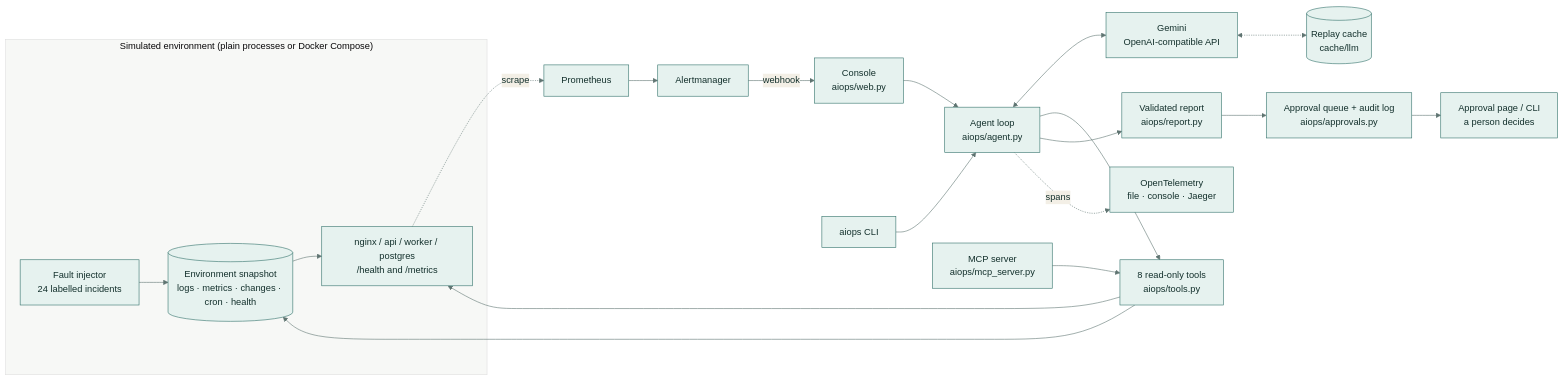
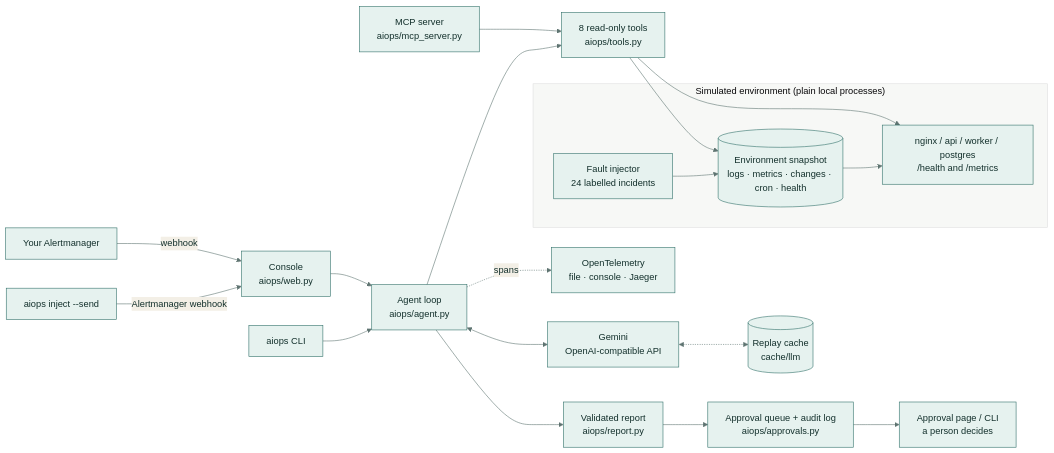
Before and after one commit to samiulhuda360/aiops-investigator: the first of 2 diagrams in README.md, drawn with Mermaid. The commit also changed other lines of this file and 6 other files, not shown here.

Commit message:
Document connecting the console to an existing Alertmanager; keep the environment as plain local processes

````diff
--- a/README.md
+++ b/README.md
@@ -87,22 +87,22 @@
 ```mermaid
 %%{init: {"theme": "base", "themeVariables": {"primaryColor": "#e6f2ef", "primaryBorderColor": "#2f6f68", "primaryTextColor": "#13302c", "lineColor": "#5f7471", "secondaryColor": "#f3efe6", "tertiaryColor": "#f7f8f6"}}}%%
 flowchart LR
-  subgraph ENV["Simulated environment (plain processes or Docker Compose)"]
+  subgraph ENV["Simulated environment (plain local processes)"]
     FI["Fault injector<br/>24 labelled incidents"] --> W[("Environment snapshot<br/>logs · metrics · changes · cron · health")]
     W --> S1["nginx / api / worker / postgres<br/>/health and /metrics"]
   end
-  S1 -. scrape .-> P["Prometheus"] --> AM["Alertmanager"]
-  AM -- webhook --> C["Console<br/>aiops/web.py"]
+  INJ["aiops inject --send"] -- Alertmanager webhook --> C["Console<br/>aiops/web.py"]
+  AM["Your Alertmanager"] -- webhook --> C
   CLI["aiops CLI"] --> A
   C --> A["Agent loop<br/>aiops/agent.py"]
   A <--> M["Gemini<br/>OpenAI-compatible API"]
   A --> T["8 read-only tools<br/>aiops/tools.py"]
   T --> W
   T --> S1
   MCP["MCP server<br/>aiops/mcp_server.py"] --> T
   A --> R["Validated report<br/>aiops/report.py"]
   R --> Q["Approval queue + audit log<br/>aiops/approvals.py"]
   Q --> UI["Approval page / CLI<br/>a person decides"]
   A -. spans .-> O["OpenTelemetry<br/>file · console · Jaeger"]
   M <-.-> CACHE[("Replay cache<br/>cache/llm")]
 ```
````
